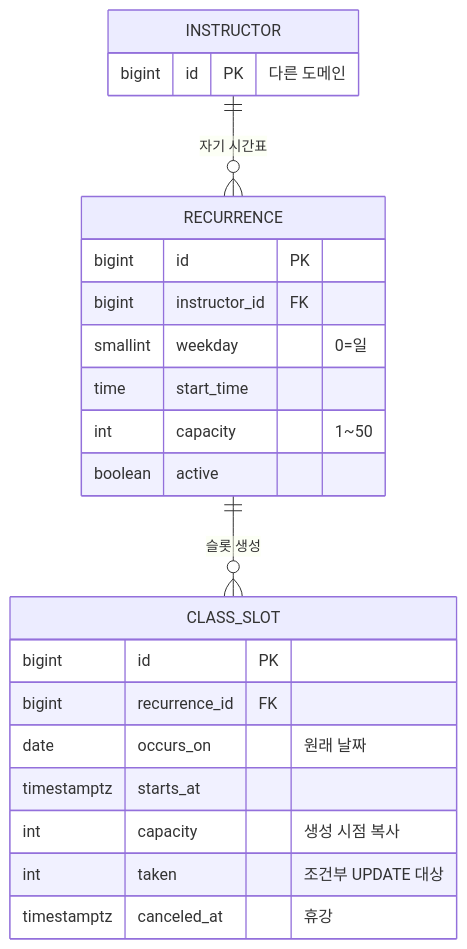
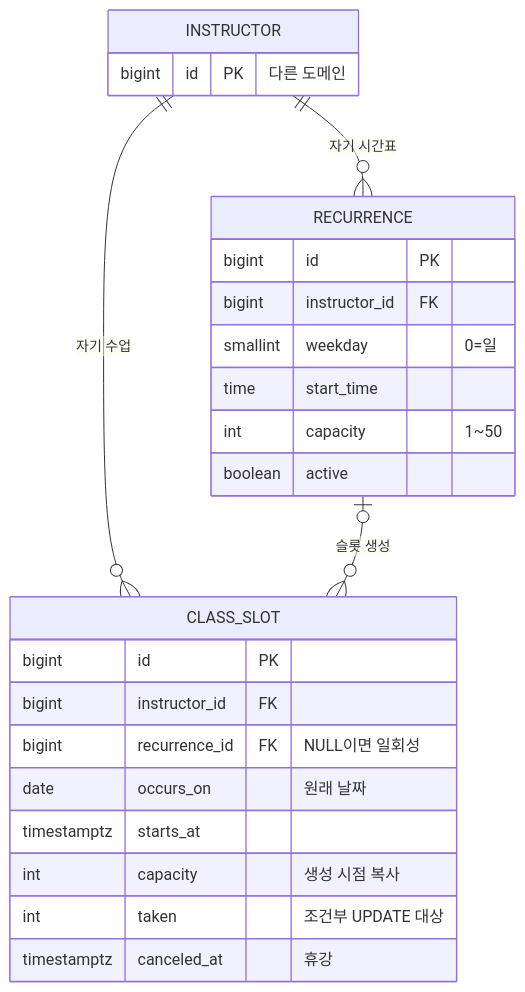
Before and after one commit to Fit-link-v2/FitLink-BE: the diagram in docs/spec/schedule/data-model.md, drawn with Mermaid. The commit also changed other lines of this file and 17 other files, not shown here.

````diff
--- a/docs/spec/schedule/data-model.md
+++ b/docs/spec/schedule/data-model.md
@@ -7,25 +7,27 @@
 ```mermaid
 erDiagram
     INSTRUCTOR ||--o{ RECURRENCE : "자기 시간표"
-    RECURRENCE ||--o{ CLASS_SLOT : "슬롯 생성"
+    INSTRUCTOR ||--o{ CLASS_SLOT : "자기 수업"
+    RECURRENCE |o--o{ CLASS_SLOT : "슬롯 생성"
     RECURRENCE {
         bigint id PK
         bigint instructor_id FK
         smallint weekday "0=일"
         time start_time
         int capacity "1~50"
         boolean active
     }
     CLASS_SLOT {
         bigint id PK
-        bigint recurrence_id FK
+        bigint instructor_id FK
+        bigint recurrence_id FK "NULL이면 일회성"
         date occurs_on "원래 날짜"
         timestamptz starts_at
         int capacity "생성 시점 복사"
         int taken "조건부 UPDATE 대상"
         timestamptz canceled_at "휴강"
     }
     INSTRUCTOR {
         bigint id PK "다른 도메인"
     }
 ```
````
